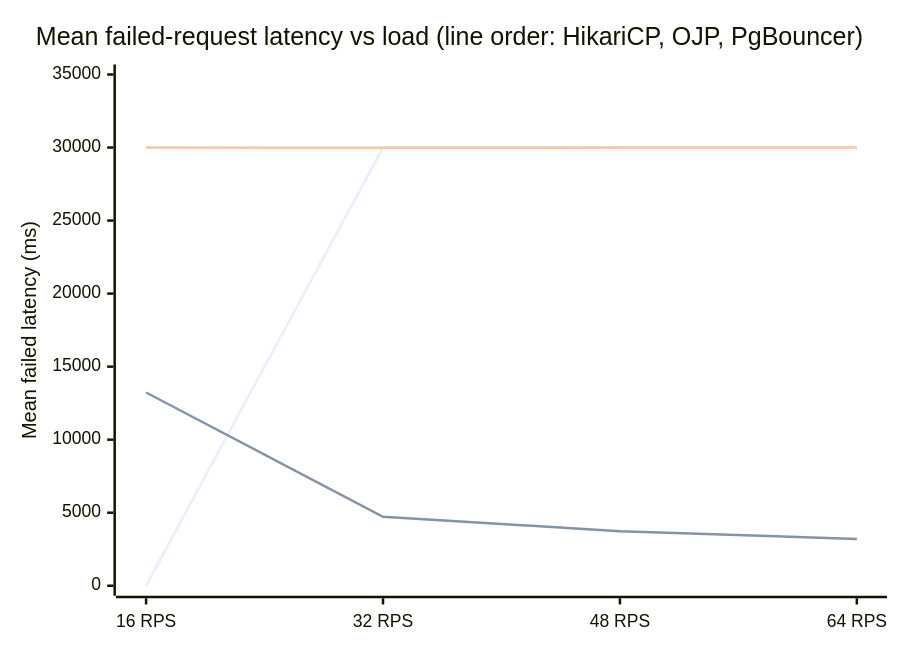
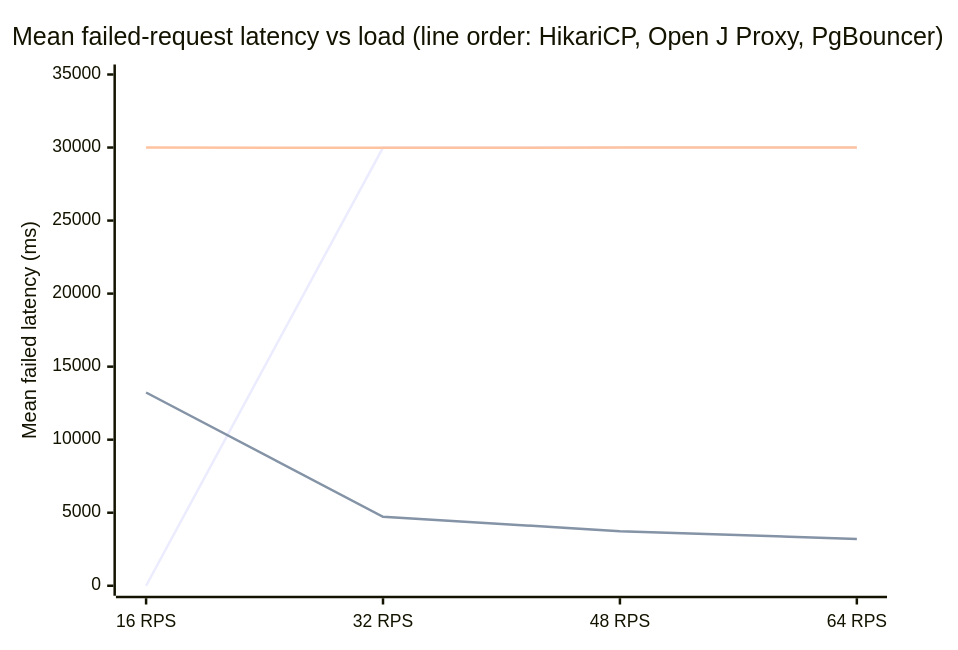
The fourth of 7 diagrams in article.md (rrobetti/stressum), drawn with Mermaid before and after one commit. The commit also changed other lines of this file, not shown here.

Commit message:
docs: replace OJP with Open J Proxy throughout article

````diff
--- a/article.md
+++ b/article.md
@@ -110,9 +110,9 @@
 ```mermaid
 xychart-beta
-    title "Mean failed-request latency vs load (line order: HikariCP, OJP, PgBouncer)"
+    title "Mean failed-request latency vs load (line order: HikariCP, Open J Proxy, PgBouncer)"
     x-axis ["16 RPS", "32 RPS", "48 RPS", "64 RPS"]
     y-axis "Mean failed latency (ms)" 0 --> 35000
     line [0, 30000, 30000, 30000]
     line [13229, 4722, 3734, 3205]
     line [30006, 29978, 30000, 30000]
 ```
````
